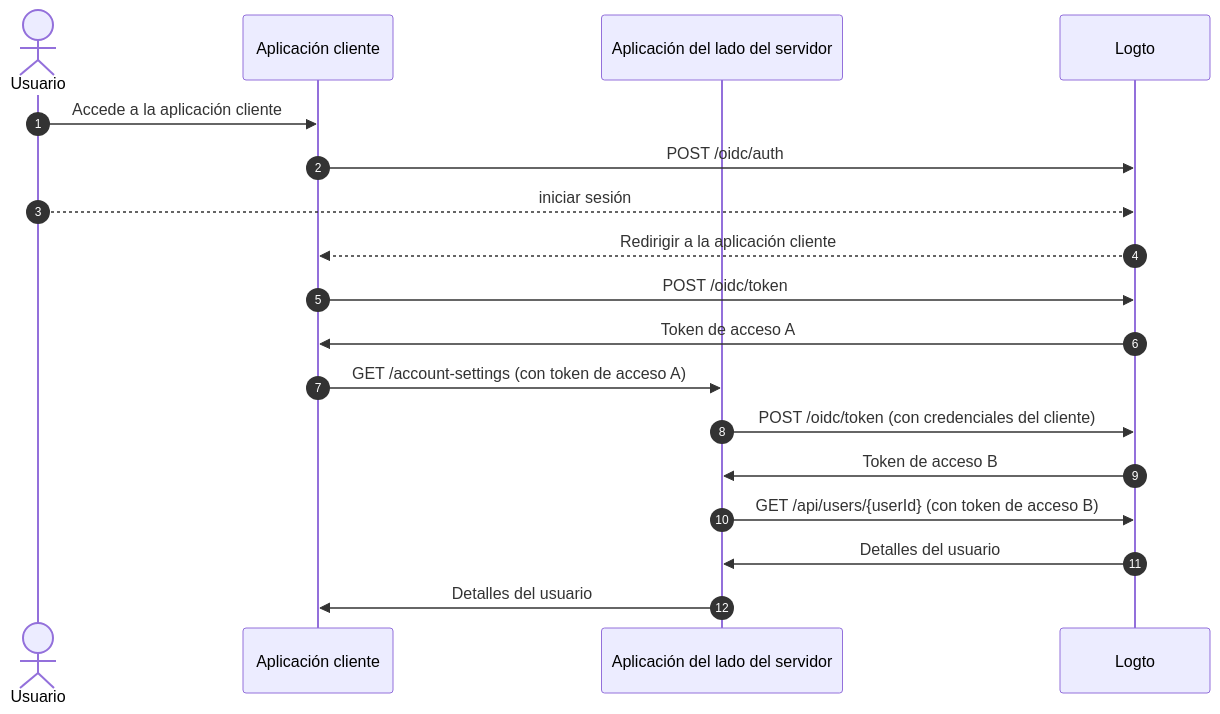
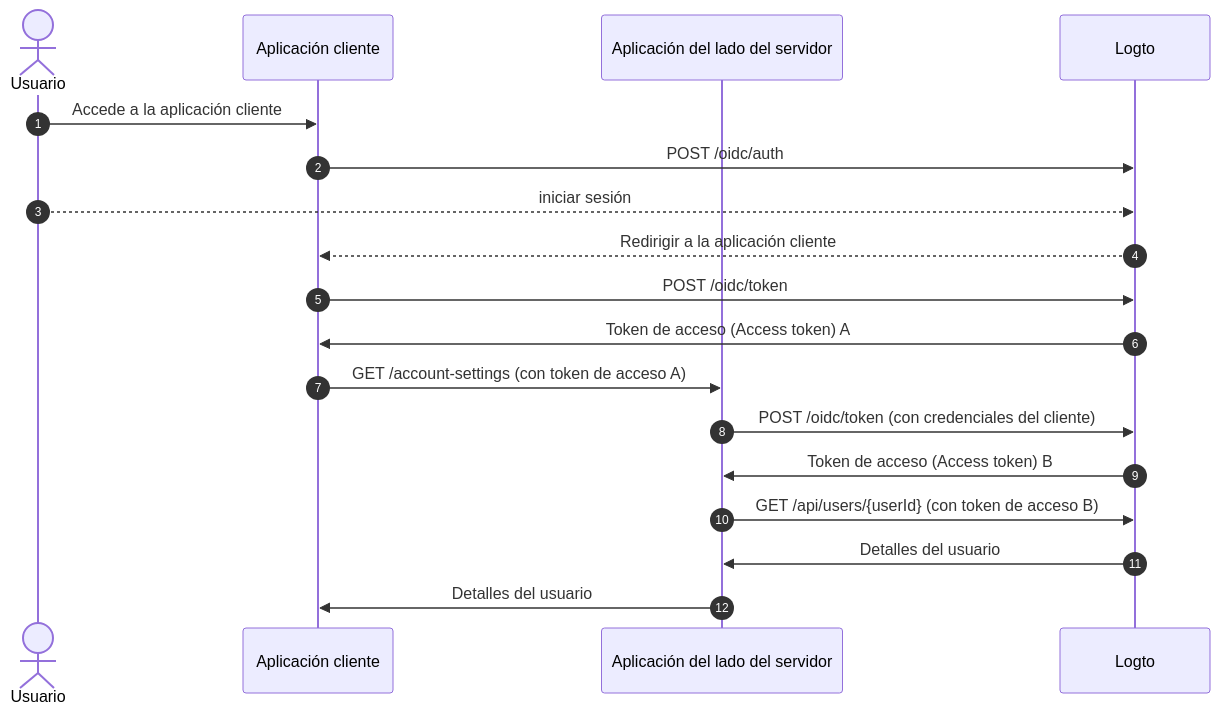
One commit to logto-io/docs changed the second of 3 diagrams in i18n/es/docusaurus-plugin-content-docs/current/end-user-flows/account-settings/by-management-api.mdx. Above: the diagram before and after it, drawn with Mermaid. The commit also changed other lines of this file and 174 other files, not shown here.

````diff
--- a/i18n/es/docusaurus-plugin-content-docs/current/end-user-flows/account-settings/by-management-api.mdx
+++ b/i18n/es/docusaurus-plugin-content-docs/current/end-user-flows/account-settings/by-management-api.mdx
@@ -27,21 +27,21 @@
 ```mermaid
   sequenceDiagram
     autonumber
     actor User as Usuario
     participant Client as Aplicación cliente
     participant Server as Aplicación del lado del servidor
     participant Logto as Logto
 
     User ->> Client: Accede a la aplicación cliente
     Client ->> Logto: POST /oidc/auth
     User -->> Logto: iniciar sesión
     Logto -->> Client: Redirigir a la aplicación cliente
     Client ->> Logto: POST /oidc/token
-    Logto ->> Client: Token de acceso A
+    Logto ->> Client: Token de acceso (Access token) A
     Client ->> Server: GET /account-settings (con token de acceso A)
     Server ->> Logto: POST /oidc/token (con credenciales del cliente)
-    Logto ->> Server: Token de acceso B
+    Logto ->> Server: Token de acceso (Access token) B
     Server ->> Logto: GET /api/users/{userId} (con token de acceso B)
     Logto ->> Server: Detalles del usuario
     Server ->> Client: Detalles del usuario
 ```
````
